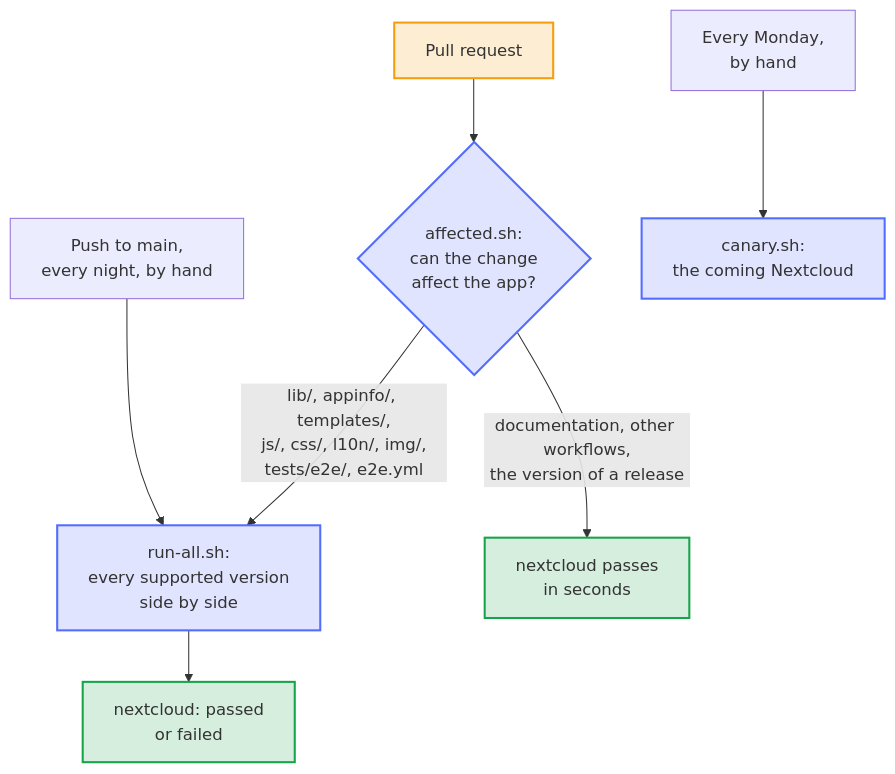
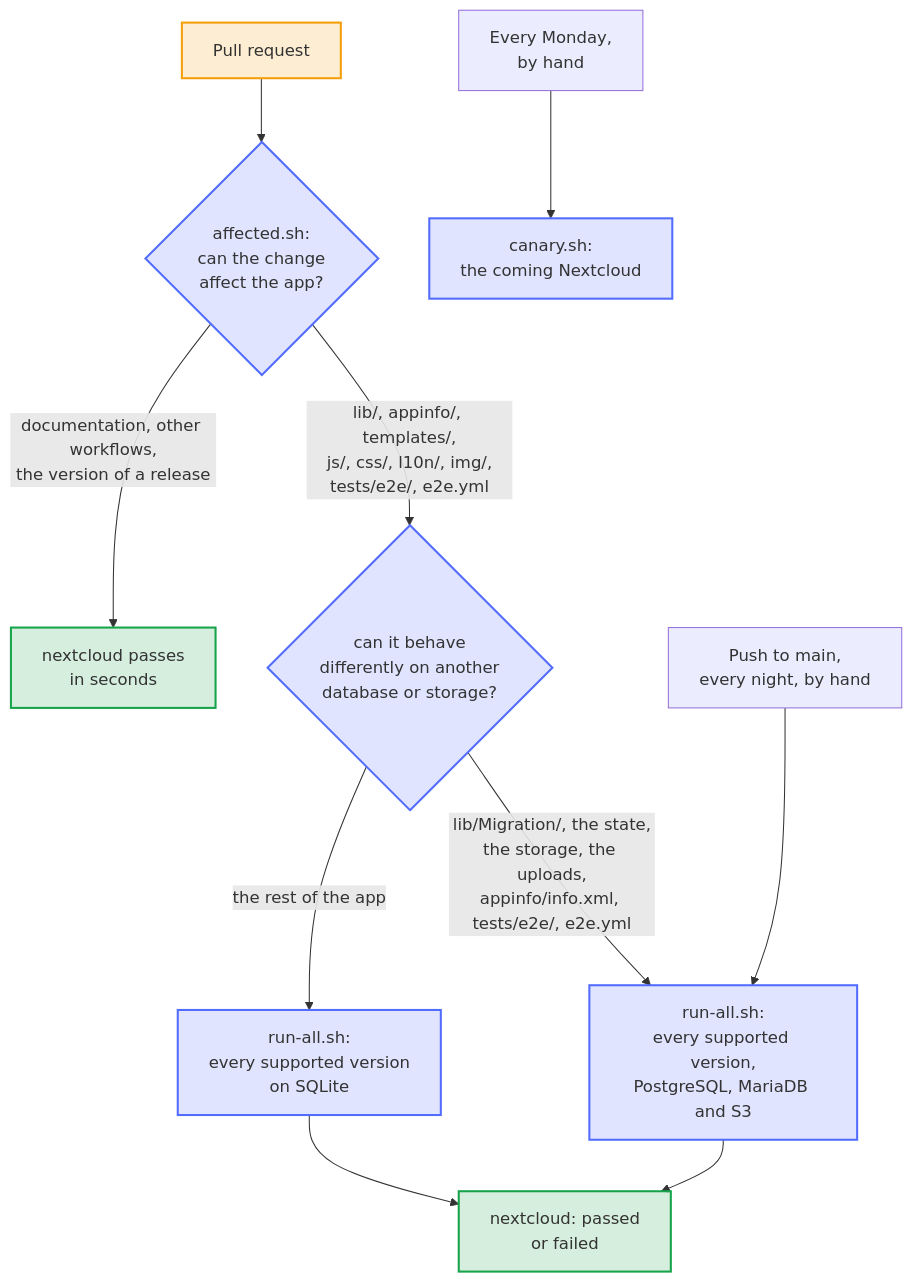
The third of 3 diagrams in tests/e2e/README.md (Dennis-Otto/paperless-sync), drawn with Mermaid before and after one commit. The commit also changed other lines of this file and 15 other files, not shown here.

````diff
--- a/tests/e2e/README.md
+++ b/tests/e2e/README.md
@@ -67,17 +96,20 @@
 ```mermaid
 flowchart TB
     accTitle: When the end-to-end tests run
-    accDescr: A pull request runs the end-to-end tests only when it changes the app, its tests or their workflow; otherwise the required check passes at once. Every push to main and every night run them against every supported version, and every Monday the canary runs them against the coming Nextcloud.
+    accDescr: A pull request runs the end-to-end tests only when it changes the app, its tests or their workflow; otherwise the required check passes at once. It runs PostgreSQL, MariaDB and S3 as well only when the change can behave differently on another database or storage. Every push to main and every night run them all, and every Monday the canary runs them against the coming Nextcloud.
     pr["Pull request"] --> affected{"affected.sh:<br>can the change<br>affect the app?"}
-    affected -->|"lib/, appinfo/, templates/,<br>js/, css/, l10n/, img/,<br>tests/e2e/, e2e.yml"| all["run-all.sh:<br>every supported version<br>side by side"]
     affected -->|"documentation, other workflows,<br>the version of a release"| skipped["nextcloud passes<br>in seconds"]
+    affected -->|"lib/, appinfo/, templates/,<br>js/, css/, l10n/, img/,<br>tests/e2e/, e2e.yml"| variants{"can it behave<br>differently on another<br>database or storage?"}
+    variants -->|"the rest of the app"| versions["run-all.sh:<br>every supported version<br>on SQLite"]
+    variants -->|"lib/Migration/, the state,<br>the storage, the uploads,<br>appinfo/info.xml, tests/e2e/, e2e.yml"| all["run-all.sh:<br>every supported version,<br>PostgreSQL, MariaDB and S3"]
     main["Push to main,<br>every night, by hand"] --> all
     monday["Every Monday,<br>by hand"] --> canary["canary.sh:<br>the coming Nextcloud"]
-    all --> result["nextcloud: passed<br>or failed"]
+    versions --> result["nextcloud: passed<br>or failed"]
+    all --> result
     classDef bot fill:#526cfe2e,stroke:#526cfe,stroke-width:2px
     classDef person fill:#f59e0b2e,stroke:#f59e0b,stroke-width:2px
     classDef done fill:#16a34a2e,stroke:#16a34a,stroke-width:2px
     class pr person
-    class affected,all,canary bot
+    class affected,variants,versions,all,canary bot
     class skipped,result done
 ```
````
